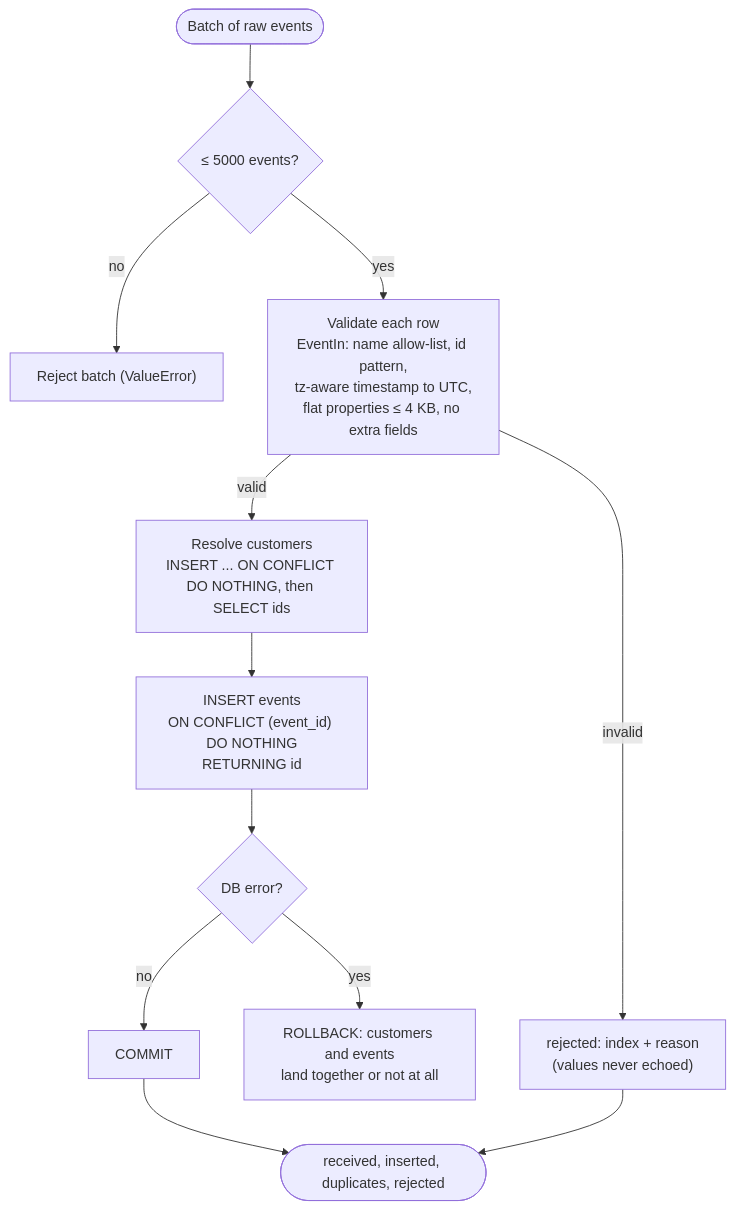
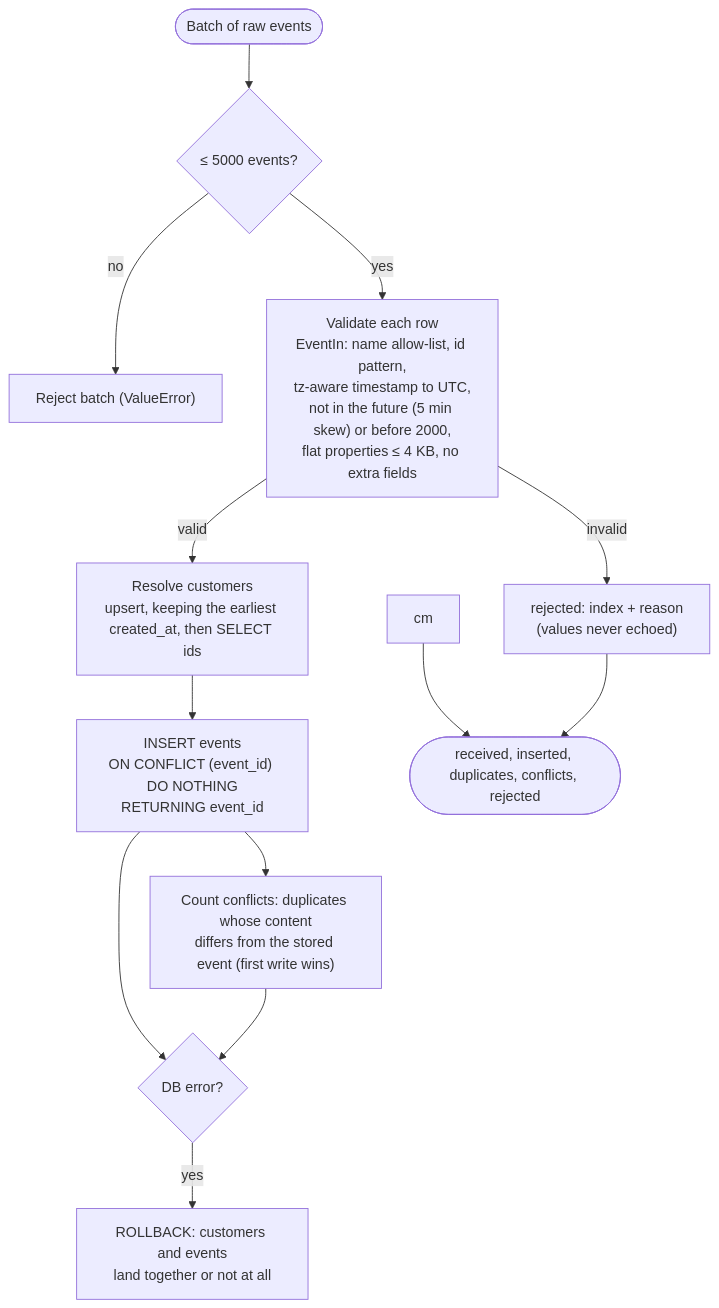
The fourth of 7 diagrams in docs/03-system-design.md (yashdiwan12/Churnscope), drawn with Mermaid before and after one commit. The commit also changed other lines of this file and 14 other files, not shown here.

````diff
--- a/docs/03-system-design.md
+++ b/docs/03-system-design.md
@@ -114,14 +114,15 @@
 ```mermaid
 flowchart TD
     b(["Batch of raw events"]) --> sz{"≤ 5000 events?"}
     sz -- no --> err["Reject batch (ValueError)"]
-    sz -- yes --> v["Validate each row<br/>EventIn: name allow-list, id pattern,<br/>tz-aware timestamp to UTC,<br/>flat properties ≤ 4 KB, no extra fields"]
+    sz -- yes --> v["Validate each row<br/>EventIn: name allow-list, id pattern,<br/>tz-aware timestamp to UTC,<br/>not in the future (5 min skew) or before 2000,<br/>flat properties ≤ 4 KB, no extra fields"]
     v -- invalid --> rej["rejected: index + reason<br/>(values never echoed)"]
-    v -- valid --> cu["Resolve customers<br/>INSERT ... ON CONFLICT DO NOTHING, then SELECT ids"]
-    cu --> ins["INSERT events<br/>ON CONFLICT (event_id) DO NOTHING<br/>RETURNING id"]
+    v -- valid --> cu["Resolve customers<br/>upsert, keeping the earliest created_at, then SELECT ids"]
+    cu --> ins["INSERT events<br/>ON CONFLICT (event_id) DO NOTHING<br/>RETURNING event_id"]
+    ins --> cf["Count conflicts: duplicates whose content<br/>differs from the stored event (first write wins)"]
     ins --> ok{"DB error?"}
     ok -- yes --> rb["ROLLBACK: customers and events<br/>land together or not at all"]
-    ok -- no --> cm["COMMIT"]
-    cm --> res(["received, inserted, duplicates, rejected"])
+    cf --> ok
+    cm --> res(["received, inserted, duplicates, conflicts, rejected"])
     rej --> res
 ```
````
